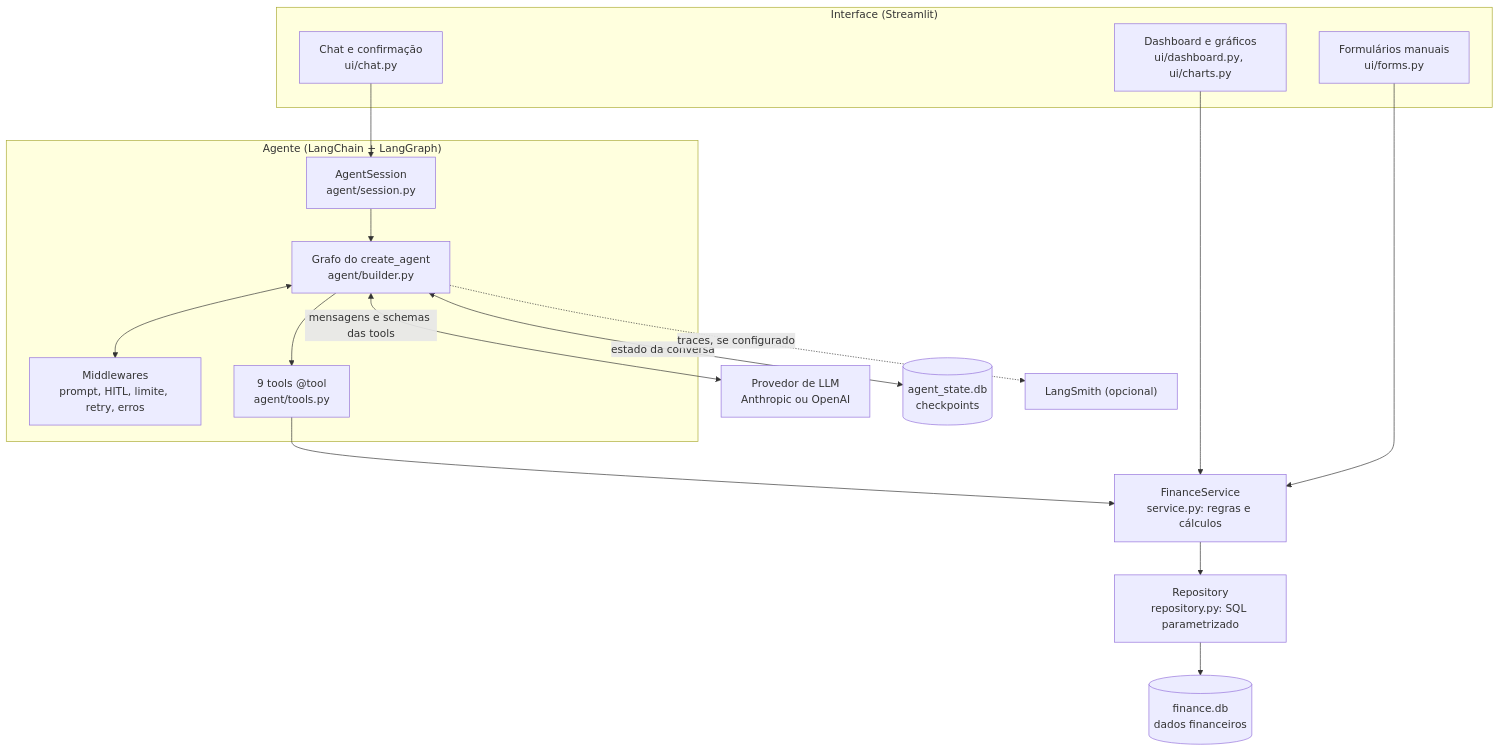
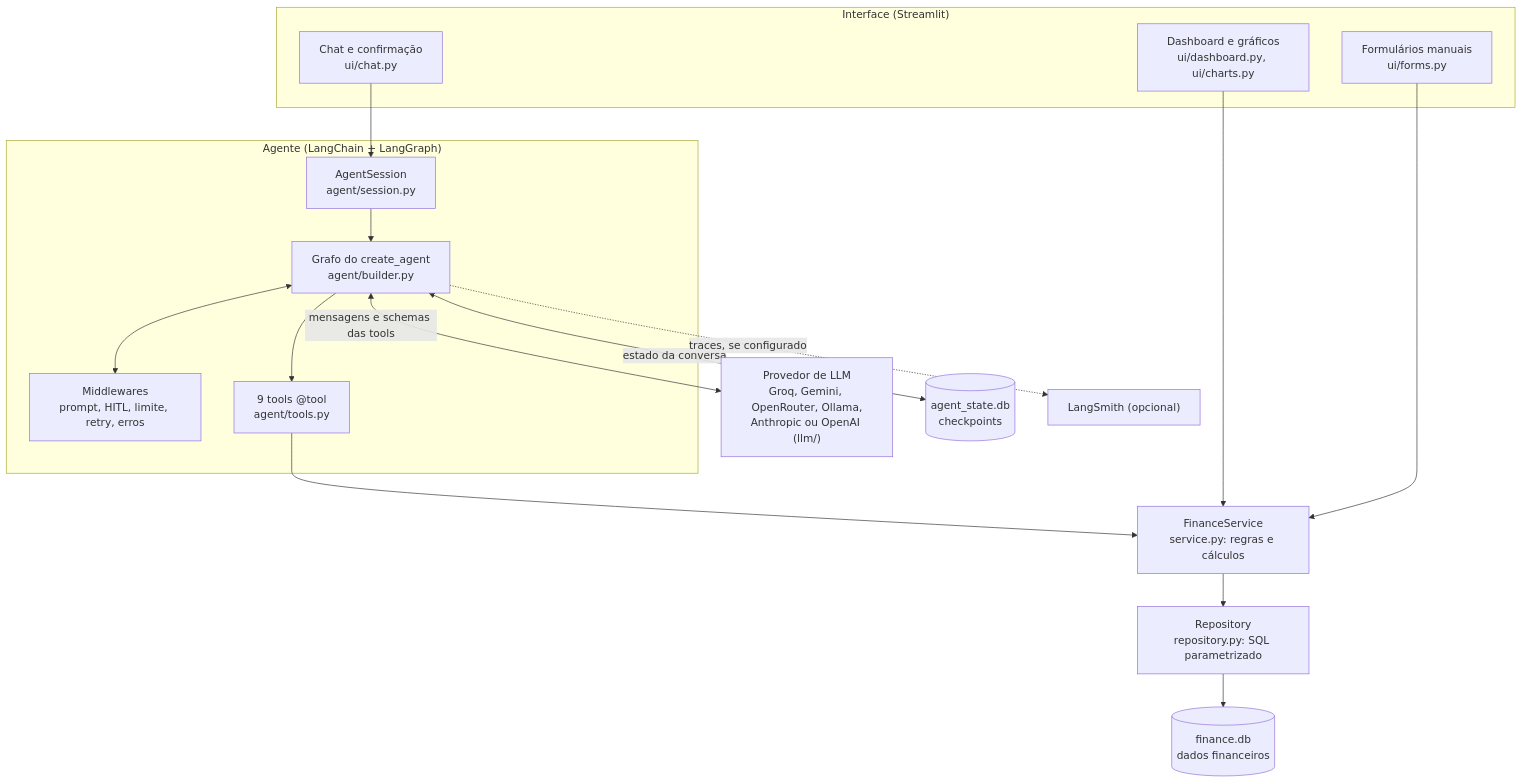
The first of 2 diagrams in docs/ARCHITECTURE.md (isnotvinicius/FinanceCopilot), drawn with Mermaid before and after one commit. The commit also changed other lines of this file and 30 other files, not shown here.

````diff
--- a/docs/ARCHITECTURE.md
+++ b/docs/ARCHITECTURE.md
@@ -7,32 +7,32 @@
 ```mermaid
 flowchart TB
     subgraph UI["Interface (Streamlit)"]
         Dash["Dashboard e gráficos<br/>ui/dashboard.py, ui/charts.py"]
         Forms["Formulários manuais<br/>ui/forms.py"]
         Chat["Chat e confirmação<br/>ui/chat.py"]
     end
 
     subgraph AG["Agente (LangChain + LangGraph)"]
         Session["AgentSession<br/>agent/session.py"]
         Graph["Grafo do create_agent<br/>agent/builder.py"]
         MW["Middlewares<br/>prompt, HITL, limite, retry, erros"]
         Tools["9 tools @tool<br/>agent/tools.py"]
     end
 
-    LLM["Provedor de LLM<br/>Anthropic ou OpenAI"]
+    LLM["Provedor de LLM<br/>Groq, Gemini, OpenRouter, Ollama,<br/>Anthropic ou OpenAI (llm/)"]
     Service["FinanceService<br/>service.py: regras e cálculos"]
     Repo["Repository<br/>repository.py: SQL parametrizado"]
     FinDB[("finance.db<br/>dados financeiros")]
     StateDB[("agent_state.db<br/>checkpoints")]
     LS["LangSmith (opcional)"]
 
     Chat --> Session --> Graph
     Graph <--> MW
     Graph <-->|"mensagens e schemas das tools"| LLM
     Graph --> Tools --> Service
     Graph <-->|"estado da conversa"| StateDB
     Dash --> Service
     Forms --> Service
     Service --> Repo --> FinDB
     Graph -.->|"traces, se configurado"| LS
 ```
````
